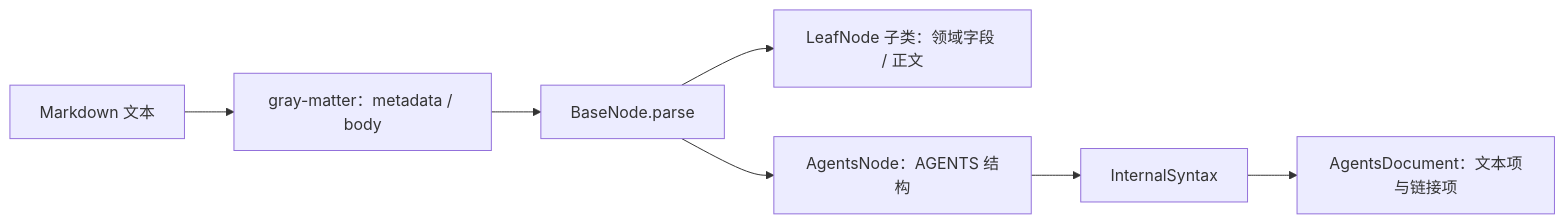
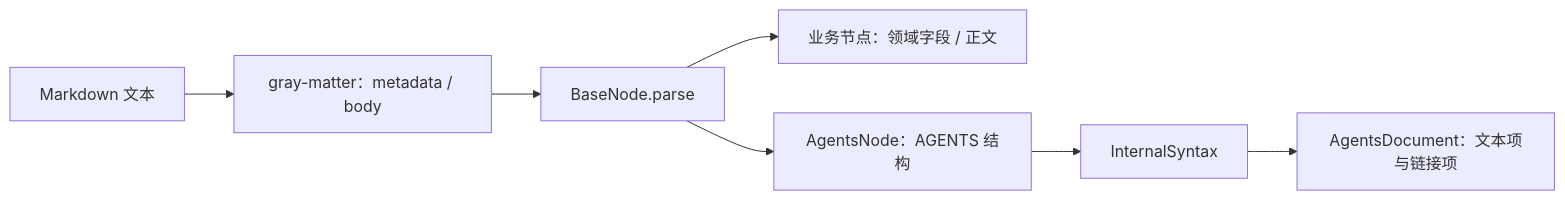
One commit to VirusPC/edges-brain-viruspc changed the fifth of 6 diagrams in extensions/cli/src/domain/models/README.md. Above: the diagram before and after it, drawn with Mermaid. The commit also changed other lines of this file and 61 other files, not shown here.

````diff
--- a/extensions/cli/src/domain/models/README.md
+++ b/extensions/cli/src/domain/models/README.md
@@ -199,9 +199,9 @@
 ```mermaid
 flowchart LR
     MD[Markdown 文本] --> GM[gray-matter：metadata / body]
     GM --> B[BaseNode.parse]
-    B --> L[LeafNode 子类：领域字段 / 正文]
+    B --> L[业务节点：领域字段 / 正文]
     B --> I[AgentsNode：AGENTS 结构]
     I --> X[InternalSyntax]
     X --> D[AgentsDocument：文本项与链接项]
 ```
````
